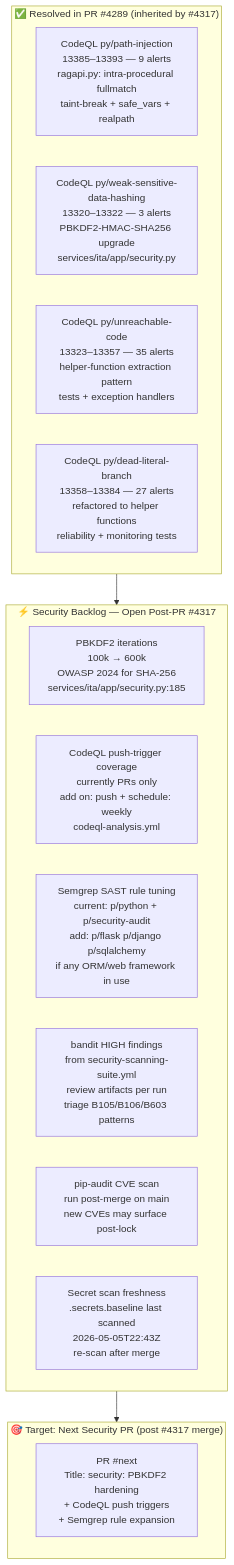
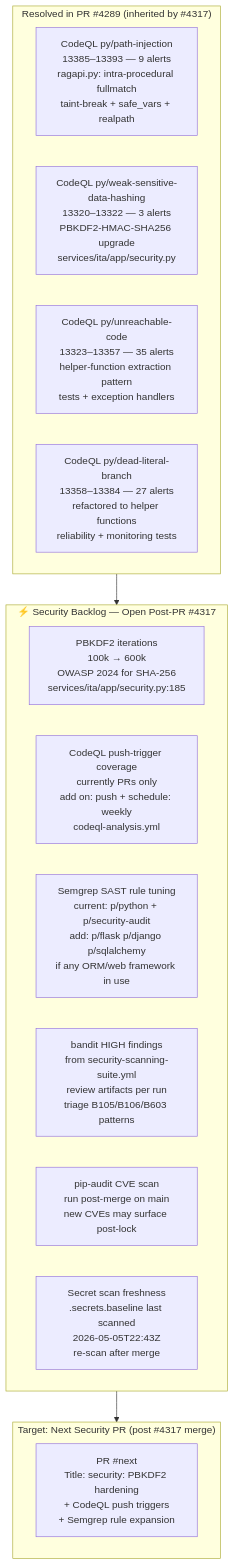
The second of 16 diagrams in docs/roadmap/PR4317_whats_next.md (Aries-Serpent/_codex_), drawn with Mermaid before and after one commit. The commit also changed other lines of this file and 2029 other files, not shown here.

````diff
--- a/docs/roadmap/PR4317_whats_next.md
+++ b/docs/roadmap/PR4317_whats_next.md
@@ -92,26 +94,26 @@
 ```mermaid
-%%{init: {'accessibility': {'title': 'Flowchart showing "✅ Resolved in PR #4289 (inherited by #4317)", "CodeQL py/path-injection\n13385–13393 — 9 alerts\nragapi.py: intra-procedural fullmatch\ntaint-break + safe_vars + realpath"'}}%%
+%%{init: {'accessibility': {'title': 'Flowchart showing " Resolved in PR #4289 (inherited by #4317)", "CodeQL py/path-injection\n13385–13393 — 9 alerts\nragapi.py: intra-procedural fullmatch\ntaint-break + safe_vars + realpath"'}}%%
 flowchart TD
-    subgraph RESOLVED["✅ Resolved in PR #4289 (inherited by #4317)"]
+    subgraph RESOLVED[" Resolved in PR #4289 (inherited by #4317)"]
         R1["CodeQL py/path-injection\n13385–13393 — 9 alerts\nragapi.py: intra-procedural fullmatch\ntaint-break + safe_vars + realpath"]
         R2["CodeQL py/weak-sensitive-data-hashing\n13320–13322 — 3 alerts\nPBKDF2-HMAC-SHA256 upgrade\nservices/ita/app/security.py"]
         R3["CodeQL py/unreachable-code\n13323–13357 — 35 alerts\nhelper-function extraction pattern\ntests + exception handlers"]
         R4["CodeQL py/dead-literal-branch\n13358–13384 — 27 alerts\nrefactored to helper functions\nreliability + monitoring tests"]
     end
 
     subgraph OPEN_BACKLOG["⚡ Security Backlog — Open Post-PR #4317"]
         S1["PBKDF2 iterations\n100k → 600k\nOWASP 2024 for SHA-256\nservices/ita/app/security.py:185"]
         S2["CodeQL push-trigger coverage\ncurrently PRs only\nadd on: push + schedule: weekly\ncodeql-analysis.yml"]
         S3["Semgrep SAST rule tuning\ncurrent: p/python + p/security-audit\nadd: p/flask p/django p/sqlalchemy\nif any ORM/web framework in use"]
         S4["bandit HIGH findings\nfrom security-scanning-suite.yml\nreview artifacts per run\ntriage B105/B106/B603 patterns"]
         S5["pip-audit CVE scan\nrun post-merge on main\nnew CVEs may surface post-lock"]
         S6["Secret scan freshness\n.secrets.baseline last scanned\n2026-05-05T22:43Z\nre-scan after merge"]
     end
 
-    subgraph NEXT_PR["🎯 Target: Next Security PR (post #4317 merge)"]
+    subgraph NEXT_PR[" Target: Next Security PR (post #4317 merge)"]
         N1["PR #next\nTitle: security: PBKDF2 hardening\n+ CodeQL push triggers\n+ Semgrep rule expansion"]
     end
 
     RESOLVED --> OPEN_BACKLOG
     OPEN_BACKLOG --> NEXT_PR
 ```
````
